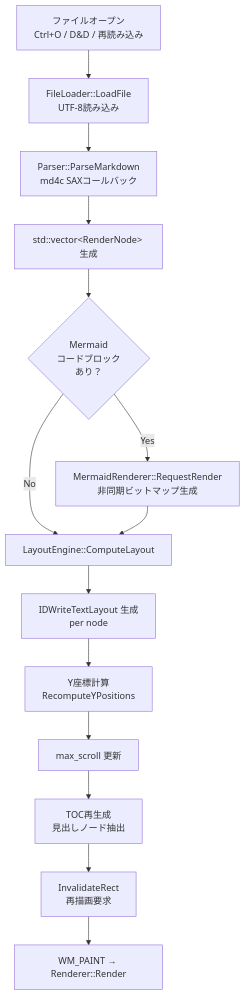
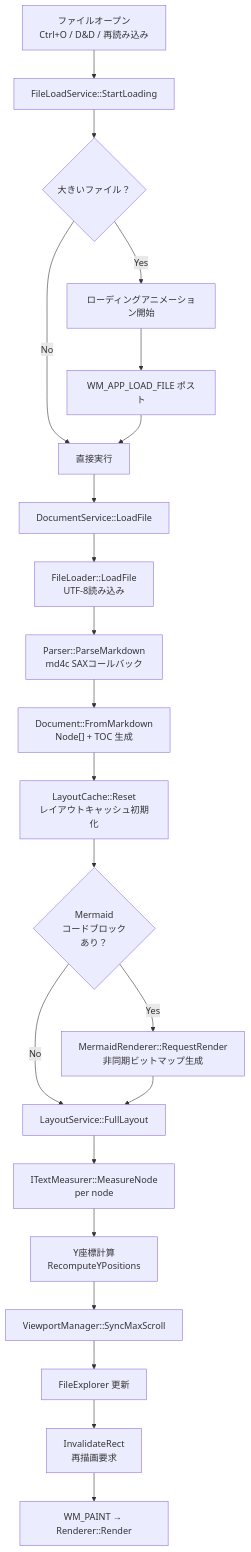
Before and after one commit to tanaton/mendo: diagram 18 of 27 in test.md, drawn with Mermaid. The commit also changed other lines of this file, not shown here.

````diff
--- a/test.md
+++ b/test.md
@@ -835,18 +1328,27 @@
 ```mermaid
 flowchart TD
-    TRIGGER[ファイルオープン<br>Ctrl+O / D&D / 再読み込み] --> FLOAD[FileLoader::LoadFile<br>UTF-8読み込み]
+    TRIGGER[ファイルオープン<br>Ctrl+O / D&D / 再読み込み] --> FLS[FileLoadService::StartLoading]
+    FLS --> ANIM{大きいファイル？}
+    ANIM -->|Yes| LANIM[ローディングアニメーション開始]
+    ANIM -->|No| EXEC[直接実行]
+    LANIM --> POST[WM_APP_LOAD_FILE ポスト]
+    POST --> EXEC
+
+    EXEC --> DS[DocumentService::LoadFile]
+    DS --> FLOAD[FileLoader::LoadFile<br>UTF-8読み込み]
     FLOAD --> PARSE[Parser::ParseMarkdown<br>md4c SAXコールバック]
-    PARSE --> NODES["std::vector&lt;RenderNode&gt; 生成"]
+    PARSE --> DOC["Document::FromMarkdown<br>Node[] + TOC 生成"]
 
-    NODES --> MCHK{Mermaid<br>コードブロック<br>あり？}
+    DOC --> LC[LayoutCache::Reset<br>レイアウトキャッシュ初期化]
+    LC --> MCHK{Mermaid<br>コードブロック<br>あり？}
     MCHK -->|Yes| MREQ[MermaidRenderer::RequestRender<br>非同期ビットマップ生成]
     MCHK -->|No| LAYOUT
 
-    MREQ --> LAYOUT[LayoutEngine::ComputeLayout]
-    LAYOUT --> TXTL[IDWriteTextLayout 生成<br>per node]
+    MREQ --> LAYOUT[LayoutService::FullLayout]
+    LAYOUT --> TXTL[ITextMeasurer::MeasureNode<br>per node]
     TXTL --> YPOS[Y座標計算<br>RecomputeYPositions]
-    YPOS --> SCROLL[max_scroll 更新]
-    SCROLL --> TOC[TOC再生成<br>見出しノード抽出]
-    TOC --> INVAL[InvalidateRect<br>再描画要求]
+    YPOS --> SYNC[ViewportManager::SyncMaxScroll]
+    SYNC --> FE[FileExplorer 更新]
+    FE --> INVAL[InvalidateRect<br>再描画要求]
     INVAL --> PAINT[WM_PAINT → Renderer::Render]
 ```
````
